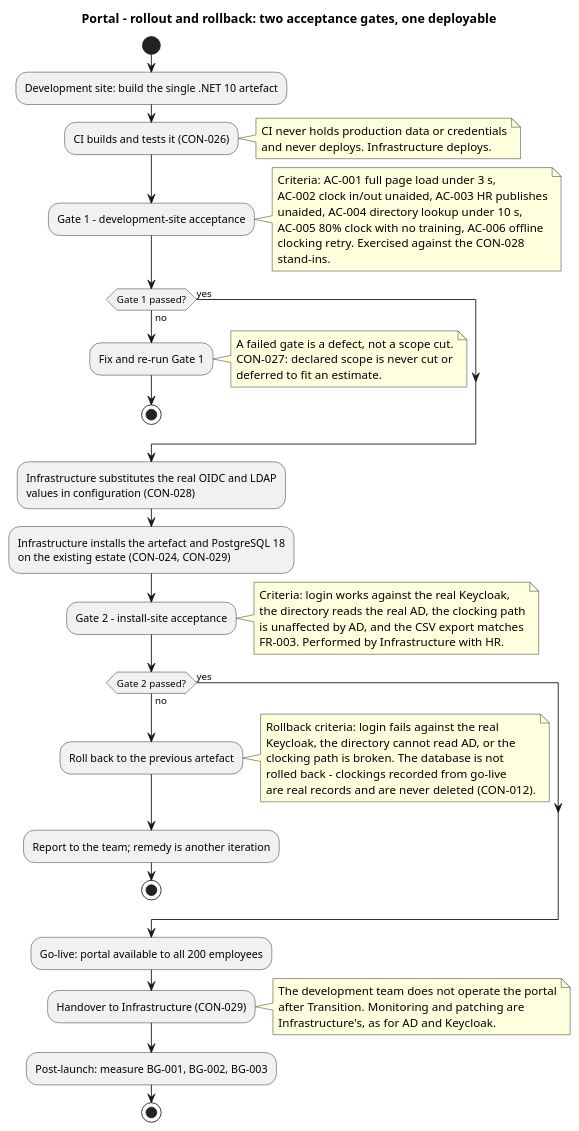
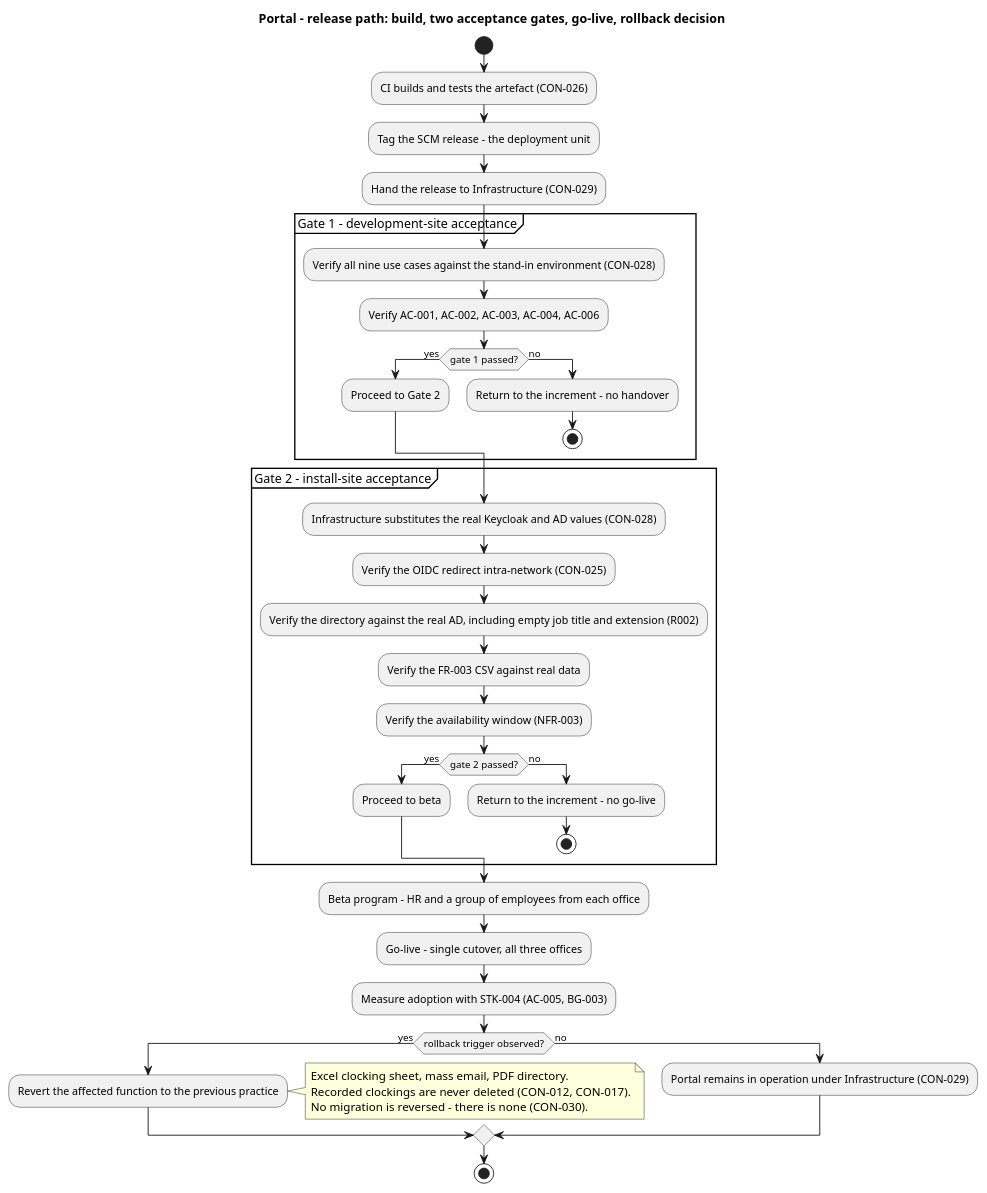
One commit to banense-test/portal changed the second of 3 diagrams in docs/DEPLOYMENT_STRATEGY.md. Above: the diagram before and after it, drawn with PlantUML. The commit also changed other lines of this file, not shown here.

Commit message:
chore(dm): publish deployment strategy baseline (Inception iteration 2)

````diff
--- a/docs/DEPLOYMENT_STRATEGY.md
+++ b/docs/DEPLOYMENT_STRATEGY.md
@@ -175,72 +96,51 @@
 ```plantuml
-@startuml DM_Rollout
-title Portal - rollout and rollback: two acceptance gates, one deployable
+@startuml DM_ReleasePath
+title Portal - release path: build, two acceptance gates, go-live, rollback decision
 
 start
-:Development site: build the single .NET 10 artefact;
-:CI builds and tests it (CON-026);
-note right
-  CI never holds production data or credentials
-  and never deploys. Infrastructure deploys.
-end note
+:CI builds and tests the artefact (CON-026);
+:Tag the SCM release - the deployment unit;
+:Hand the release to Infrastructure (CON-029);
 
-:Gate 1 - development-site acceptance;
-note right
-  Criteria: AC-001 full page load under 3 s,
-  AC-002 clock in/out unaided, AC-003 HR publishes
-  unaided, AC-004 directory lookup under 10 s,
-  AC-005 80% clock with no training, AC-006 offline
-  clocking retry. Exercised against the CON-028
-  stand-ins.
-end note
+partition "Gate 1 - development-site acceptance" {
+  :Verify all nine use cases against the stand-in environment (CON-028);
+  :Verify AC-001, AC-002, AC-003, AC-004, AC-006;
+  if (gate 1 passed?) then (yes)
+    :Proceed to Gate 2;
+  else (no)
+    :Return to the increment - no handover;
+    stop
+  endif
+}
 
-if (Gate 1 passed?) then (no)
-  :Fix and re-run Gate 1;
+partition "Gate 2 - install-site acceptance" {
+  :Infrastructure substitutes the real Keycloak and AD values (CON-028);
+  :Verify the OIDC redirect intra-network (CON-025);
+  :Verify the directory against the real AD, including empty job title and extension (R002);
+  :Verify the FR-003 CSV against real data;
+  :Verify the availability window (NFR-003);
+  if (gate 2 passed?) then (yes)
+    :Proceed to beta;
+  else (no)
+    :Return to the increment - no go-live;
+    stop
+  endif
+}
+
+:Beta program - HR and a group of employees from each office;
+:Go-live - single cutover, all three offices;
+:Measure adoption with STK-004 (AC-005, BG-003);
+
+if (rollback trigger observed?) then (yes)
+  :Revert the affected function to the previous practice;
   note right
-    A failed gate is a defect, not a scope cut.
-    CON-027: declared scope is never cut or
-    deferred to fit an estimate.
+    Excel clocking sheet, mass email, PDF directory.
+    Recorded clockings are never deleted (CON-012, CON-017).
+    No migration is reversed - there is none (CON-030).
   end note
-  stop
-else (yes)
+else (no)
+  :Portal remains in operation under Infrastructure (CON-029);
 endif
-
-:Infrastructure substitutes the real OIDC and LDAP
-values in configuration (CON-028);
-:Infrastructure installs the artefact and PostgreSQL 18
-on the existing estate (CON-024, CON-029);
-
-:Gate 2 - install-site acceptance;
-note right
-  Criteria: login works against the real Keycloak,
-  the directory reads the real AD, the clocking path
-  is unaffected by AD, and the CSV export matches
-  FR-003. Performed by Infrastructure with HR.
-end note
-
-if (Gate 2 passed?) then (no)
-  :Roll back to the previous artefact;
-  note right
-    Rollback criteria: login fails against the real
-    Keycloak, the directory cannot read AD, or the
-    clocking path is broken. The database is not
-    rolled back - clockings recorded from go-live
-    are real records and are never deleted (CON-012).
-  end note
-  :Report to the team; remedy is another iteration;
-  stop
-else (yes)
-endif
-
-:Go-live: portal available to all 200 employees;
-:Handover to Infrastructure (CON-029);
-note right
-  The development team does not operate the portal
-  after Transition. Monitoring and patching are
-  Infrastructure's, as for AD and Keycloak.
-end note
-
-:Post-launch: measure BG-001, BG-002, BG-003;
 stop
 @enduml
 ```
````
